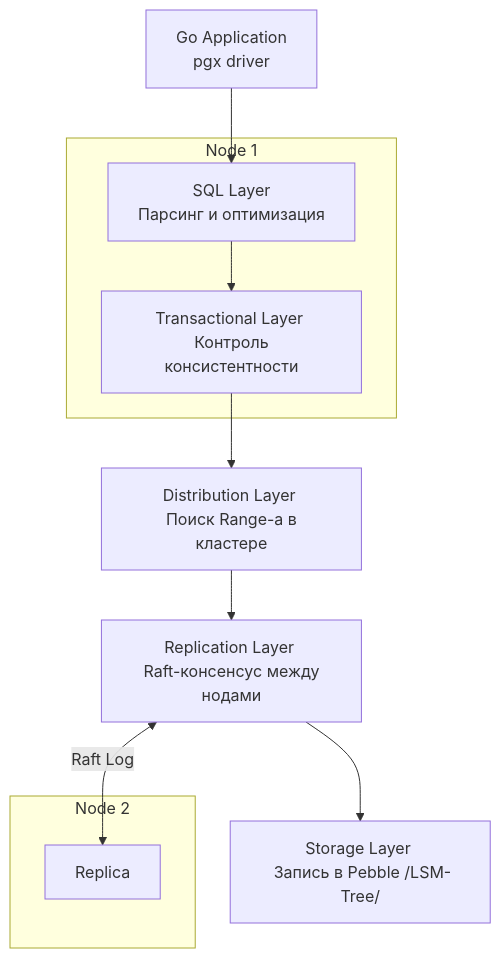
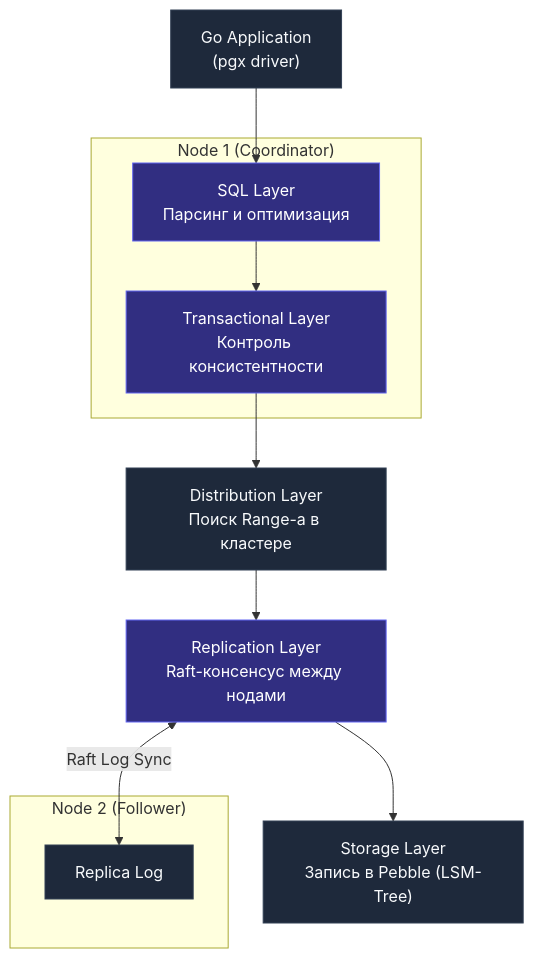
The diagram in sources/12. Базы данных/09. NoSQL базы/13. NewSQL. CockroachDB.md (UnrealTemplier/go-textbook), drawn with Mermaid before and after one commit. The commit also changed other lines of this file, not shown here.

````diff
--- a/sources/12. Базы данных/09. NoSQL базы/13. NewSQL. CockroachDB.md
+++ b/sources/12. Базы данных/09. NoSQL базы/13. NewSQL. CockroachDB.md
@@ -20,19 +21,23 @@
 ```mermaid
 flowchart TD
-    App["Go Application <br> pgx driver"] --> SQL["SQL Layer <br> Парсинг и оптимизация"]
-    SQL --> Trans["Transactional Layer <br> Контроль консистентности"]
-    Trans --> Dist["Distribution Layer <br> Поиск Range-а в кластере"]
-    Dist --> Repl["Replication Layer <br> Raft-консенсус между нодами"]
-    Repl --> Store["Storage Layer <br> Запись в Pebble /LSM-Tree/"]
+    App["Go Application<br>(pgx driver)"] --> SQL["SQL Layer<br>Парсинг и оптимизация"]
+    SQL --> Trans["Transactional Layer<br>Контроль консистентности"]
+    Trans --> Dist["Distribution Layer<br>Поиск Range-а в кластере"]
+    Dist --> Repl["Replication Layer<br>Raft-консенсус между нодами"]
+    Repl --> Store["Storage Layer<br>Запись в Pebble (LSM-Tree)"]
 
-    subgraph "Node 1"
+    subgraph Node1["Node 1 (Coordinator)"]
         SQL
         Trans
     end
 
-    subgraph "Node 2"
-        Repl2["Replica"]
+    subgraph Node2["Node 2 (Follower)"]
+        Repl2["Replica Log"]
     end
 
-    Repl <-->|"Raft Log"| Repl2
+    Repl <-->|"Raft Log Sync"| Repl2
+
+    classDef default fill:#1e293b,stroke:#334155,color:#f8fafc;
+    classDef highlight fill:#312e81,stroke:#6366f1,color:#ffffff;
+    class SQL,Trans,Repl highlight;
 ```
````
